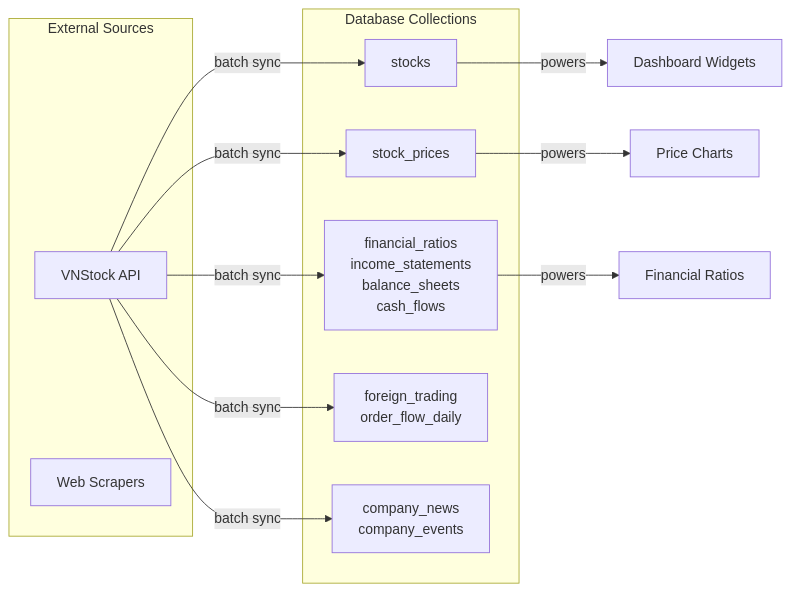
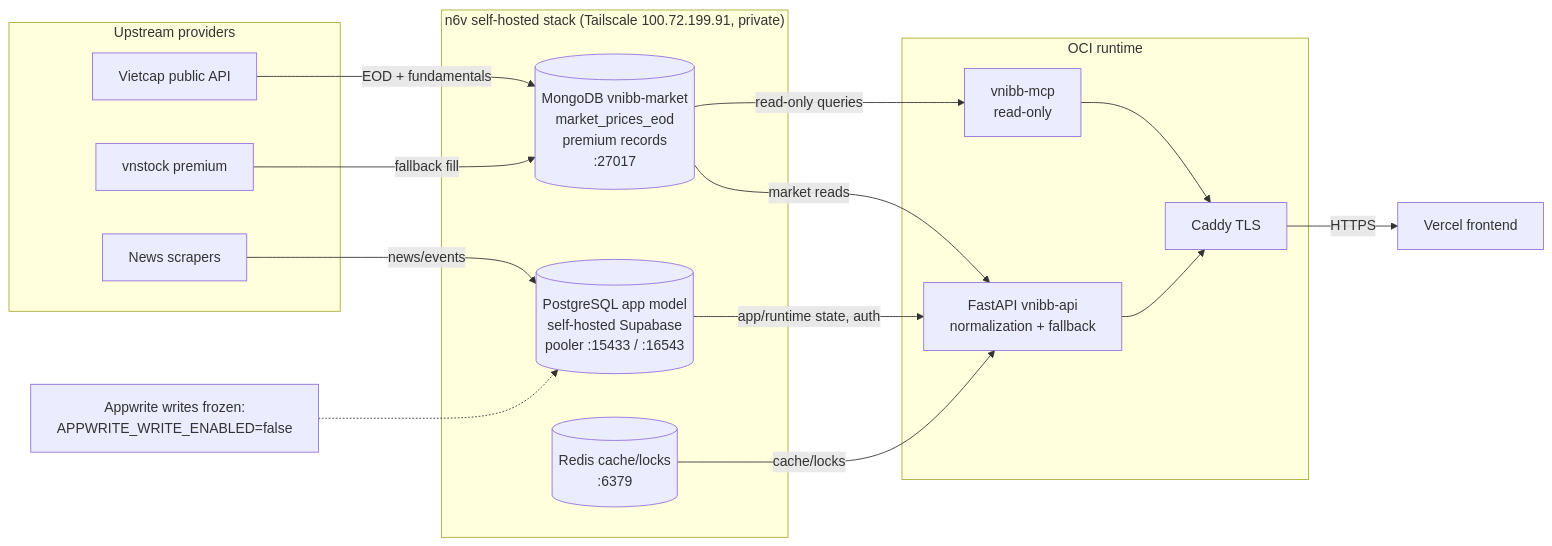
One commit to Kohnnn/vnibb changed the second of 2 diagrams in docs/DATABASE_SCHEMA.md. Above: the diagram before and after it, drawn with Mermaid. The commit also changed other lines of this file and 3 other files, not shown here.

First line of the commit message:
docs(db): realign schema/topology to self-hosted n6v stack

````diff
--- a/docs/DATABASE_SCHEMA.md
+++ b/docs/DATABASE_SCHEMA.md
@@ -1016,25 +1046,35 @@
 ```mermaid
 flowchart LR
-    subgraph External Sources
-        VNStock[VNStock API]
-        Scrapers[Web Scrapers]
+    subgraph Providers["Upstream providers"]
+        Vietcap[Vietcap public API]
+        VNStock[vnstock premium]
+        Scrapers[News scrapers]
     end
-    
-    subgraph Database Collections
-        stocks[stocks]
-        stock_prices[stock_prices]
-        financials[financial_ratios<br/>income_statements<br/>balance_sheets<br/>cash_flows]
-        market[foreign_trading<br/>order_flow_daily]
-        news[company_news<br/>company_events]
+
+    subgraph N6V["n6v self-hosted stack (Tailscale 100.72.199.91, private)"]
+        Mongo[(MongoDB vnibb-market<br/>market_prices_eod<br/>premium records<br/>:27017)]
+        PG[(PostgreSQL app model<br/>self-hosted Supabase<br/>pooler :15433 / :16543)]
+        Redis[(Redis cache/locks<br/>:6379)]
     end
-    
-    VNStock -->|batch sync| stocks
-    VNStock -->|batch sync| stock_prices
-    VNStock -->|batch sync| financials
-    VNStock -->|batch sync| market
-    VNStock -->|batch sync| news
-    
-    stocks -->|powers| Widgets[Dashboard Widgets]
-    stock_prices -->|powers| Charts[Price Charts]
-    financials -->|powers| Ratios[Financial Ratios]
+
+    subgraph OCI["OCI runtime"]
+        API[FastAPI vnibb-api<br/>normalization + fallback]
+        MCP[vnibb-mcp<br/>read-only]
+        Caddy[Caddy TLS]
+    end
+
+    Vietcap -->|EOD + fundamentals| Mongo
+    VNStock -->|fallback fill| Mongo
+    Scrapers -->|news/events| PG
+
+    Mongo -->|market reads| API
+    PG -->|app/runtime state, auth| API
+    Redis -->|cache/locks| API
+    Mongo -->|read-only queries| MCP
+
+    API --> Caddy
+    MCP --> Caddy
+    Caddy -->|HTTPS| Vercel[Vercel frontend]
+
+    Note[Appwrite writes frozen:<br/>APPWRITE_WRITE_ENABLED=false] -.-> PG
 ```
````
